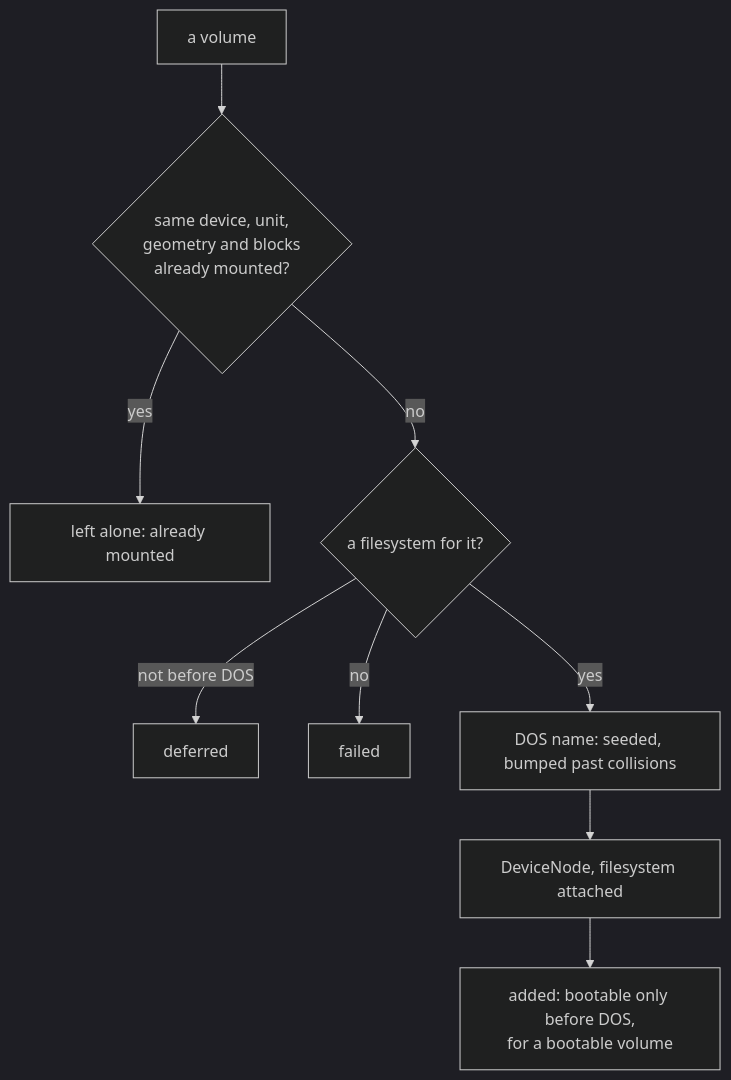
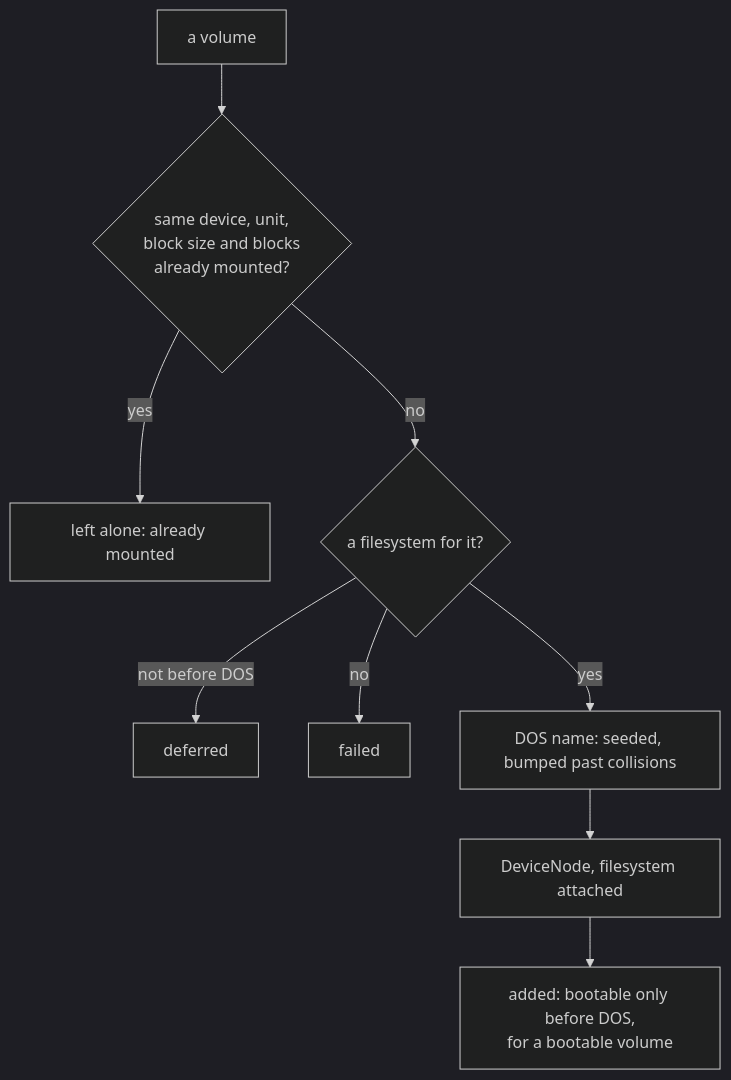
One commit to rondoval/mounter changed the fourth of 5 diagrams in ARCHITECTURE.md. Above: the diagram before and after it, drawn with Mermaid (dark theme). The commit also changed other lines of this file and 2 other files, not shown here.

Commit message:
Fix duplicate volume mounting by comparing block size and blocks instead of geometry

````diff
--- a/ARCHITECTURE.md
+++ b/ARCHITECTURE.md
@@ -146,11 +146,11 @@
 ```mermaid
 flowchart TD
-    v["a volume"] --> ext{"same device, unit,<br/>geometry and blocks<br/>already mounted?"}
+    v["a volume"] --> ext{"same device, unit,<br/>block size and blocks<br/>already mounted?"}
     ext -- yes --> already["left alone: already mounted"]
     ext -- no --> fsq{"a filesystem for it?"}
     fsq -- "not before DOS" --> def["deferred"]
     fsq -- no --> fail["failed"]
     fsq -- yes --> name["DOS name: seeded, bumped past collisions"]
     name --> node["DeviceNode, filesystem attached"]
     node --> boot["added: bootable only before DOS,<br/>for a bootable volume"]
 ```
````
